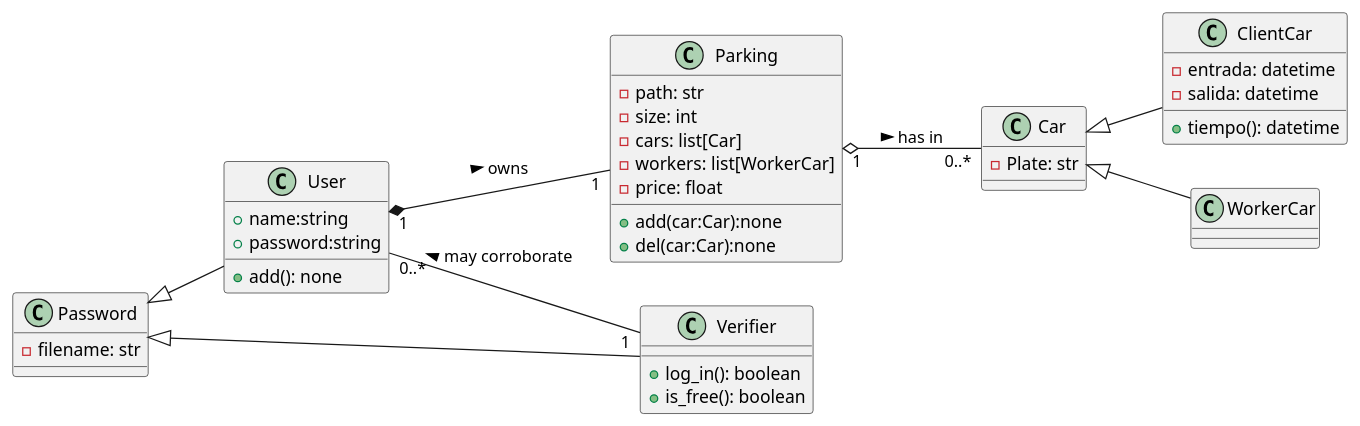
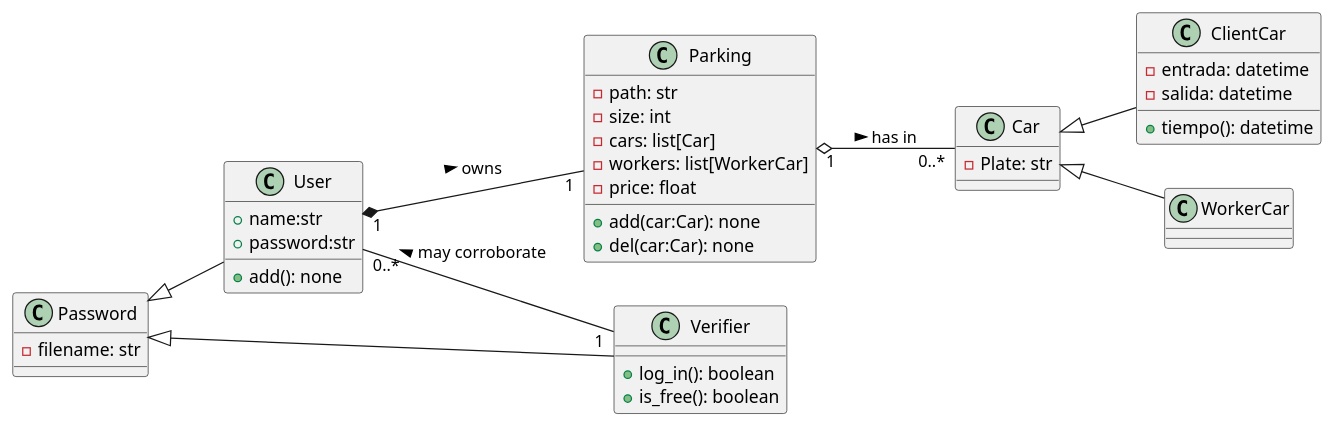
The diagram in UML/UML_Code.puml (Adlorduy/ParkingSystem), drawn with PlantUML before and after one commit.

```diff
--- a/UML/UML_Code.puml
+++ b/UML/UML_Code.puml
@@ -1,54 +1,54 @@
-@startuml Parking
+@startuml parking
 
 class Car{
     - Plate: str
 }
 
 class ClientCar{
     - entrada: datetime
     - salida: datetime
     + tiempo(): datetime
 }
 
 class WorkerCar
 
 class Parking{
     - path: str
     - size: int
     - cars: list[Car]
     - workers: list[WorkerCar]
     - price: float
-    + add(car:Car):none
-    + del(car:Car):none
+    + add(car:Car): none
+    + del(car:Car): none
 }
 
 class Password{
     - filename: str
 }
 class User{
-    + name:string
-    + password:string
+    + name:str
+    + password:str
     + add(): none
 }
 
 
 class Verifier{
     +log_in(): boolean
     +is_free(): boolean
 }
 
 
 left to right direction
 left to right direction
 User "0..*" -- "1" Verifier: may corroborate <
 Password <|-- User
 Password <|-- Verifier
 
 User "1" *-- "1" Parking: owns >
 Parking "1" o-- "0..*" Car: has in >
 Car <|-- ClientCar
 Car <|-- WorkerCar
 
 
 
 @enduml
```
